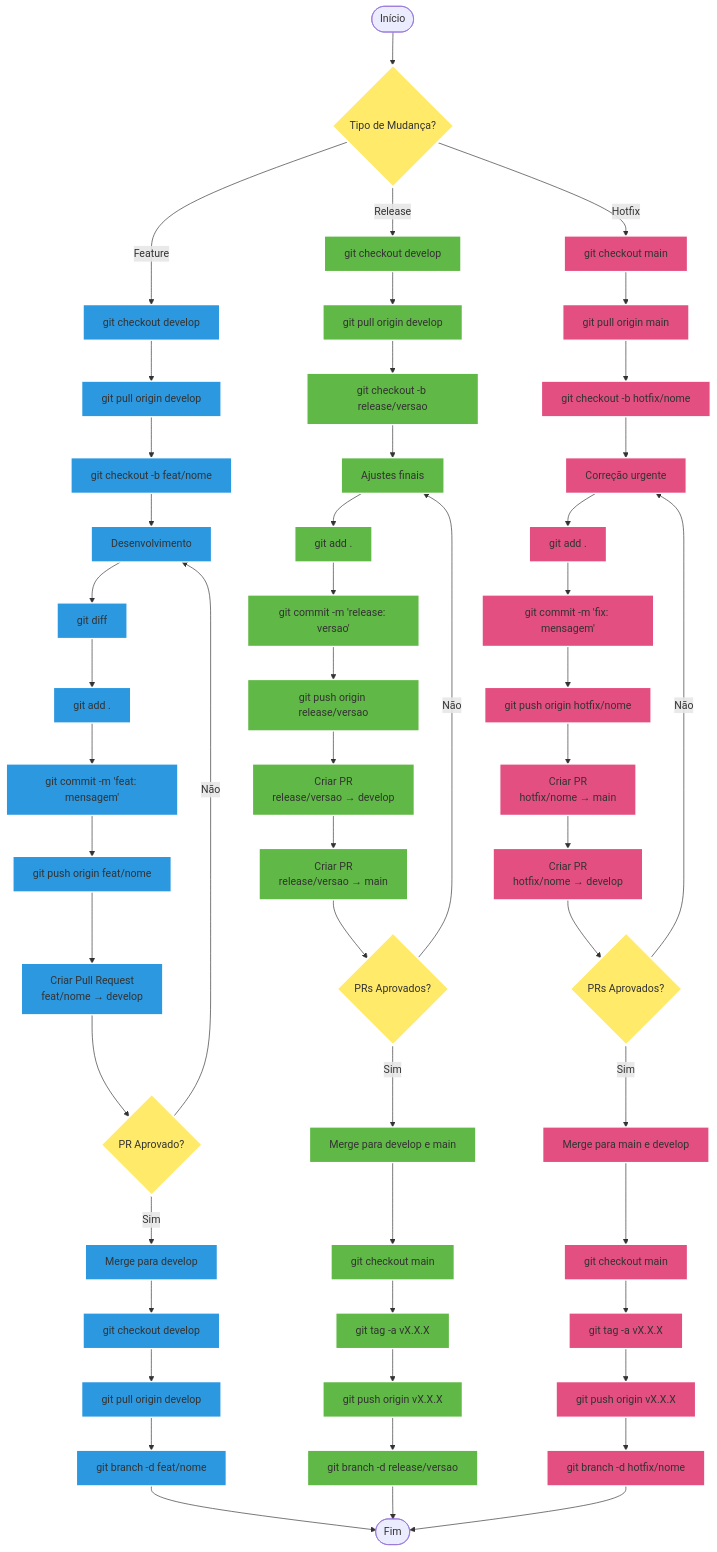
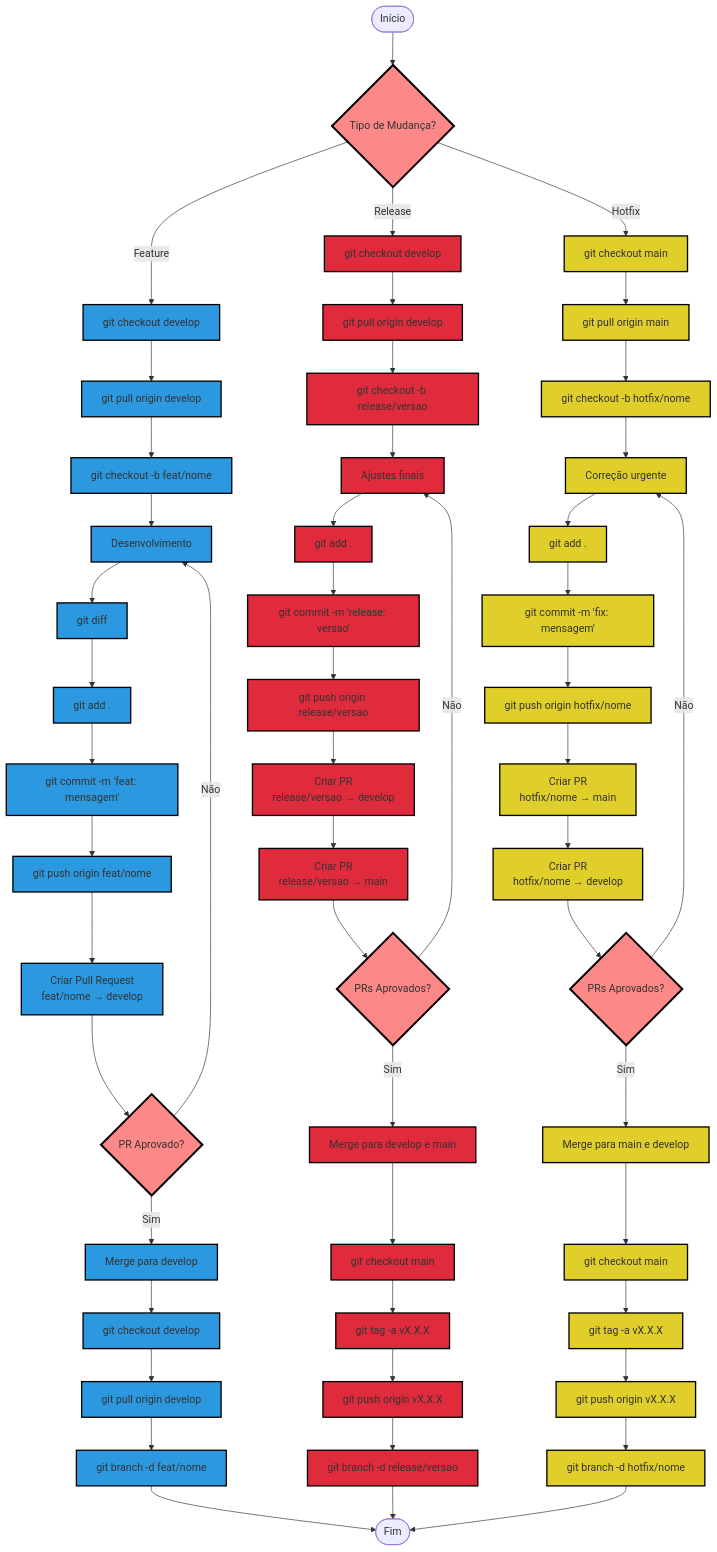
The diagram in README.md (GuilhermeVDiniz/Guilherme), drawn with Mermaid before and after one commit.

````diff
--- a/README.md
+++ b/README.md
@@ -1,71 +1,71 @@
 ```mermaid
    graph TD
     Start([Início]) --> Decision{Tipo de Mudança?}
     
     %% FEATURE FLOW
     Decision -->|Feature| F1[git checkout develop]
     F1 --> F2[git pull origin develop]
     F2 --> F3[git checkout -b feat/nome]
     F3 --> F4[Desenvolvimento]
     F4 --> F5[git diff]
     F5 --> F6[git add .]
     F6 --> F7[git commit -m 'feat: mensagem']
     F7 --> F8[git push origin feat/nome]
     F8 --> F9[Criar Pull Request<br/>feat/nome → develop]
     F9 --> F10{PR Aprovado?}
     F10 -->|Não| F4
     F10 -->|Sim| F11[Merge para develop]
     F11 --> F12[git checkout develop]
     F12 --> F13[git pull origin develop]
     F13 --> F14[git branch -d feat/nome]
     F14 --> End([Fim])
     
     %% RELEASE FLOW
     Decision -->|Release| R1[git checkout develop]
     R1 --> R2[git pull origin develop]
     R2 --> R3[git checkout -b release/versao]
     R3 --> R4[Ajustes finais]
     R4 --> R5[git add .]
     R5 --> R6[git commit -m 'release: versao']
     R6 --> R7[git push origin release/versao]
     R7 --> R8[Criar PR<br/>release/versao → develop]
     R8 --> R9[Criar PR<br/>release/versao → main]
     R9 --> R10{PRs Aprovados?}
     R10 -->|Não| R4
     R10 -->|Sim| R11[Merge para develop e main]
     R11 --> R12[git checkout main]
     R12 --> R13[git tag -a vX.X.X]
     R13 --> R14[git push origin vX.X.X]
     R14 --> R15[git branch -d release/versao]
     R15 --> End
     
     %% HOTFIX FLOW
     Decision -->|Hotfix| H1[git checkout main]
     H1 --> H2[git pull origin main]
     H2 --> H3[git checkout -b hotfix/nome]
     H3 --> H4[Correção urgente]
     H4 --> H5[git add .]
     H5 --> H6[git commit -m 'fix: mensagem']
     H6 --> H7[git push origin hotfix/nome]
     H7 --> H8[Criar PR<br/>hotfix/nome → main]
     H8 --> H9[Criar PR<br/>hotfix/nome → develop]
     H9 --> H10{PRs Aprovados?}
     H10 -->|Não| H4
     H10 -->|Sim| H11[Merge para main e develop]
     H11 --> H12[git checkout main]
     H12 --> H13[git tag -a vX.X.X]
     H13 --> H14[git push origin vX.X.X]
     H14 --> H15[git branch -d hotfix/nome]
     H15 --> End
     
     %% Styling
-    classDef featureStyle fill:#2B98E0,stroke:#FFFFFF,stroke-width:2px
-    classDef releaseStyle fill:#60B846,stroke:#FFFFFF,stroke-width:2px
-    classDef hotfixStyle fill:#E34F81,stroke:#FFFFFF,stroke-width:2px
-    classDef decisionStyle fill:#FFEA69,stroke:#FFFFFF,stroke-width:3px
+    classDef featureStyle fill:#2B98E0,stroke:#000000,stroke-width:2px
+    classDef releaseStyle fill:#E02B3D,stroke:#000000,stroke-width:2px
+    classDef hotfixStyle fill:#E0CE2B,stroke:#000000,stroke-width:2px
+    classDef decisionStyle fill:#FC8888,stroke:#000000,stroke-width:3px
     
     class F1,F2,F3,F4,F5,F6,F7,F8,F9,F10,F11,F12,F13,F14 featureStyle
     class R1,R2,R3,R4,R5,R6,R7,R8,R9,R10,R11,R12,R13,R14,R15 releaseStyle
     class H1,H2,H3,H4,H5,H6,H7,H8,H9,H10,H11,H12,H13,H14,H15 hotfixStyle
     class Decision,F10,R10,H10 decisionStyle
 ```
````
